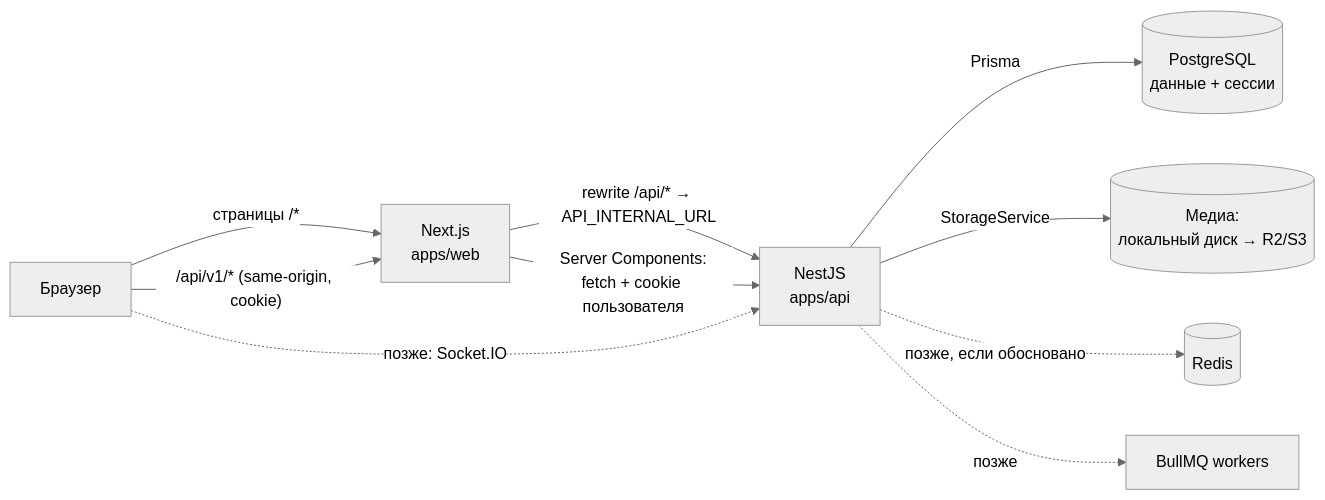
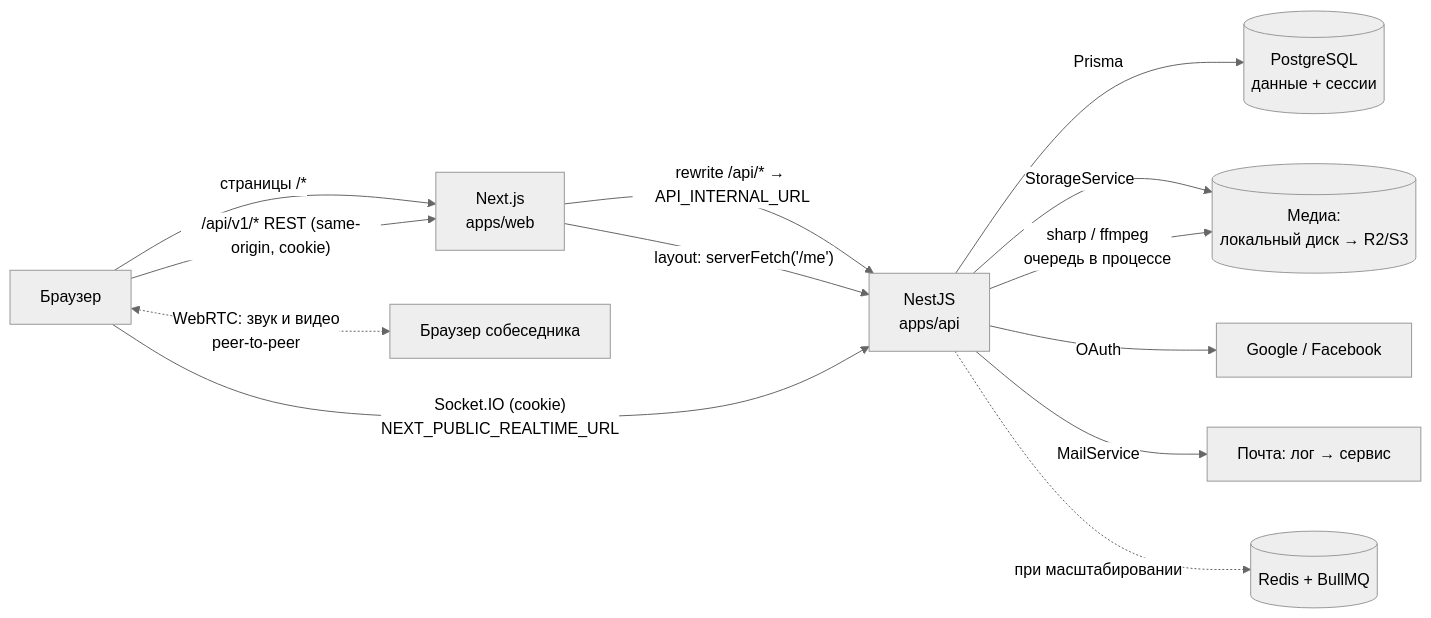
The diagram in docs/architecture/ARCHITECTURE.md (JM-2007-07/Instagram-Manishvar-Nekruz), drawn with Mermaid (neutral theme) before and after one commit. The commit also changed other lines of this file and 81 other files, not shown here.

````diff
--- a/docs/architecture/ARCHITECTURE.md
+++ b/docs/architecture/ARCHITECTURE.md
@@ -12,12 +12,15 @@
 ```mermaid
 flowchart LR
     B[Браузер] -- "страницы /*" --> W[Next.js<br/>apps/web]
-    B -- "/api/v1/* (same-origin, cookie)" --> W
+    B -- "/api/v1/* REST (same-origin, cookie)" --> W
     W -- "rewrite /api/* → API_INTERNAL_URL" --> A[NestJS<br/>apps/api]
-    W -- "Server Components:<br/>fetch + cookie пользователя" --> A
+    W -- "layout: serverFetch('/me')" --> A
+    B -- "Socket.IO (cookie)<br/>NEXT_PUBLIC_REALTIME_URL" --> A
+    B <-. "WebRTC: звук и видео<br/>peer-to-peer" .-> B2[Браузер собеседника]
     A -- Prisma --> DB[(PostgreSQL<br/>данные + сессии)]
     A -- StorageService --> S[(Медиа:<br/>локальный диск → R2/S3)]
-    A -. "позже, если обосновано" .-> R[(Redis)]
-    A -. "позже" .-> Q[BullMQ workers]
-    B -. "позже: Socket.IO" .-> A
+    A -- "sharp / ffmpeg<br/>очередь в процессе" --> S
+    A -- OAuth --> P[Google / Facebook]
+    A -- MailService --> M[Почта: лог → сервис]
+    A -. "при масштабировании" .-> R[(Redis + BullMQ)]
 ```
````
